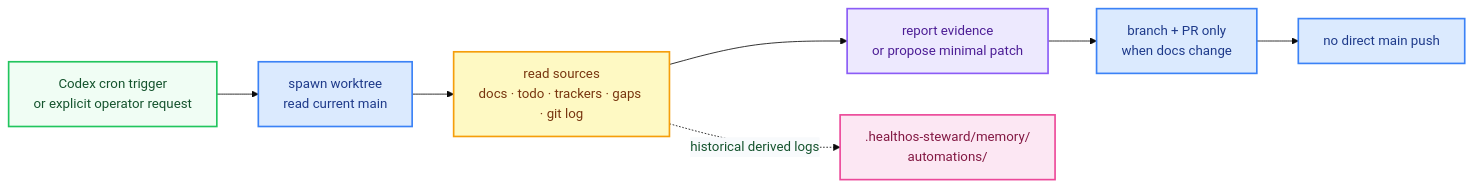
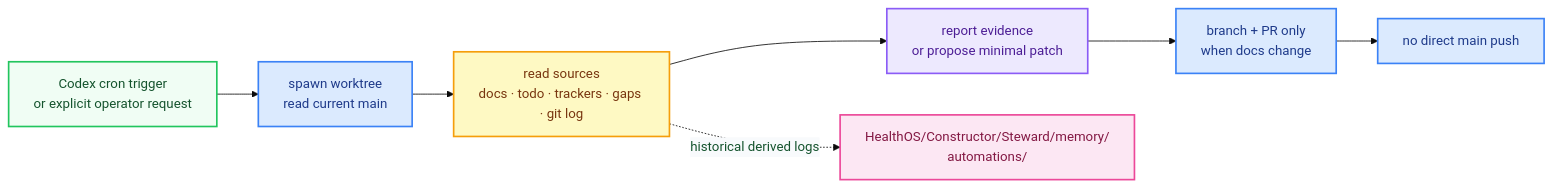
Diagram 12 of 12 in README.md (myselfgus/HealthOScaffold), drawn with Mermaid before and after one commit. The commit also changed other lines of this file and 797 other files, not shown here.

````diff
--- a/README.md
+++ b/README.md
@@ -846,20 +846,20 @@
 ```mermaid
 %%{init: {'theme': 'base', 'themeVariables': {'primaryColor': '#f0fdf4', 'primaryBorderColor': '#86efac', 'primaryTextColor': '#14532d', 'clusterBkg': '#fafafa', 'clusterBorder': '#e2e8f0', 'titleColor': '#0f172a', 'edgeLabelBackground': '#f8fafc', 'fontFamily': 'ui-sans-serif, system-ui, -apple-system'}}}%%
 flowchart LR
     classDef trigger fill:#f0fdf4,stroke:#22c55e,stroke-width:2px,color:#14532d
     classDef git     fill:#dbeafe,stroke:#3b82f6,stroke-width:2px,color:#1e3a8a
     classDef read    fill:#fef9c3,stroke:#f59e0b,stroke-width:2px,color:#78350f
     classDef write   fill:#ede9fe,stroke:#8b5cf6,stroke-width:2px,color:#4c1d95
     classDef mem     fill:#fce7f3,stroke:#ec4899,stroke-width:2px,color:#831843
 
     CRON[Codex cron trigger\nor explicit operator request]:::trigger
     STASH[spawn worktree\nread current main]:::git
     READ[read sources\ndocs · todo · trackers · gaps · git log]:::read
     WRITE[report evidence\nor propose minimal patch]:::write
     COMMIT[branch + PR only\nwhen docs change]:::git
     RESTORE[no direct main push]:::git
-    MEM[.healthos-steward/memory/\nautomations/]:::mem
+    MEM[HealthOS/Constructor/Steward/memory/\nautomations/]:::mem
 
     CRON --> STASH --> READ --> WRITE --> COMMIT --> RESTORE
     READ -. historical derived logs .-> MEM
 ```
````
